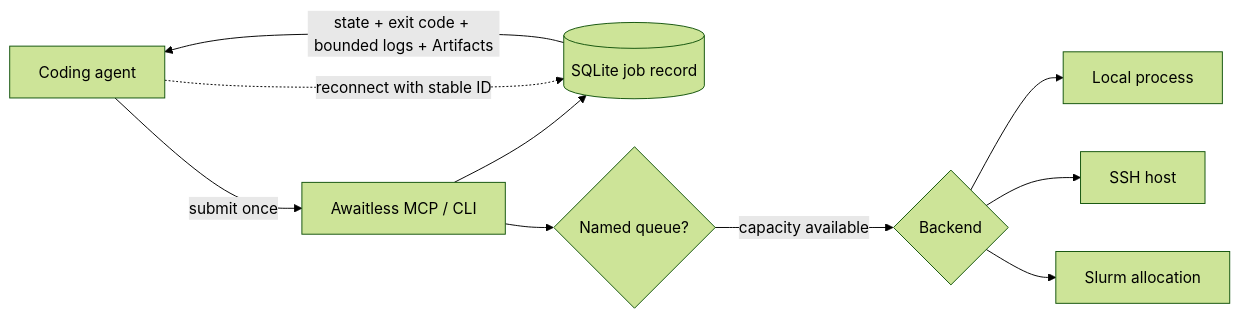
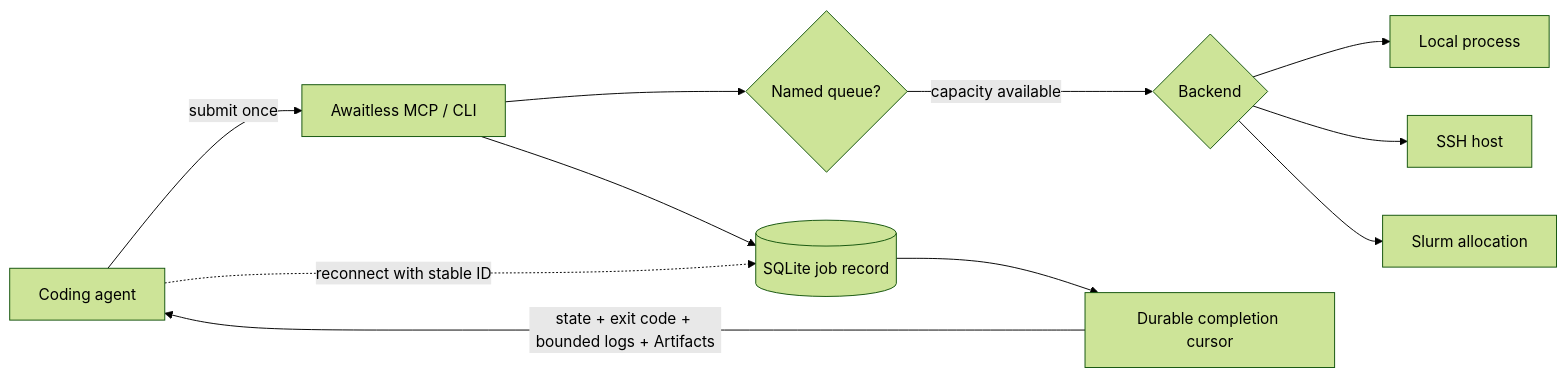
Before and after one commit to xpluspro/Awaitless: the diagram in README.md, drawn with Mermaid (forest theme). The commit also changed other lines of this file and 29 other files, not shown here.

Commit message:
feat: add durable multi-job completion feed

````diff
--- a/README.md
+++ b/README.md
@@ -157,12 +191,13 @@
 ```mermaid
 flowchart LR
     A["Coding agent"] -->|"submit once"| B["Awaitless MCP / CLI"]
     B --> C[("SQLite job record")]
     B --> Q{"Named queue?"}
     Q -->|"capacity available"| D{"Backend"}
     D --> L["Local process"]
     D --> S["SSH host"]
     D --> H["Slurm allocation"]
     A -. "reconnect with stable ID" .-> C
-    C -->|"state + exit code + bounded logs + Artifacts"| A
+    C --> E["Durable completion cursor"]
+    E -->|"state + exit code + bounded logs + Artifacts"| A
 ```
````
